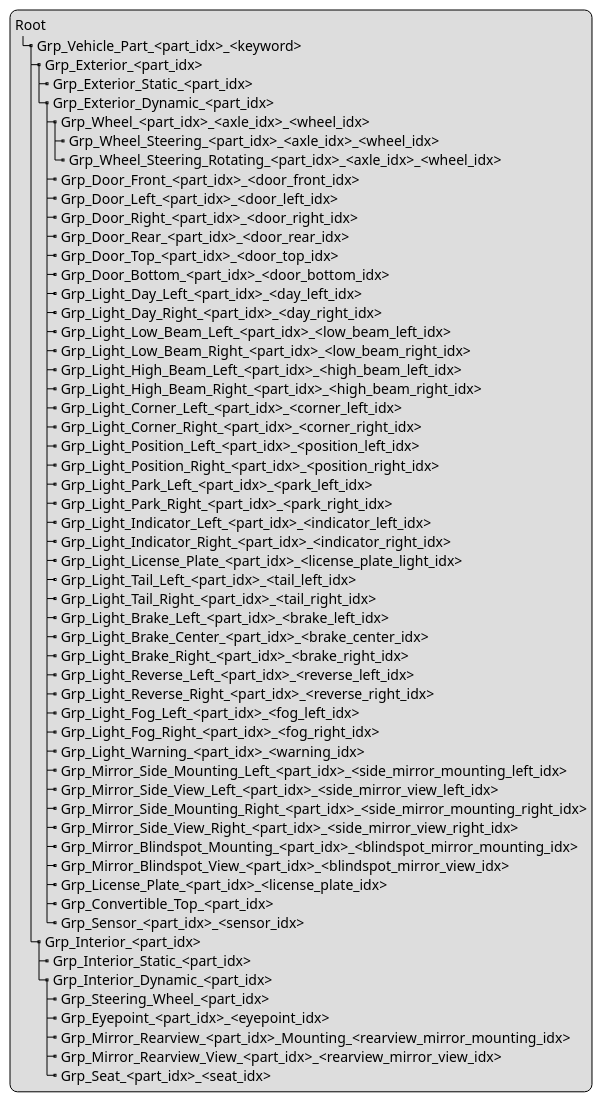
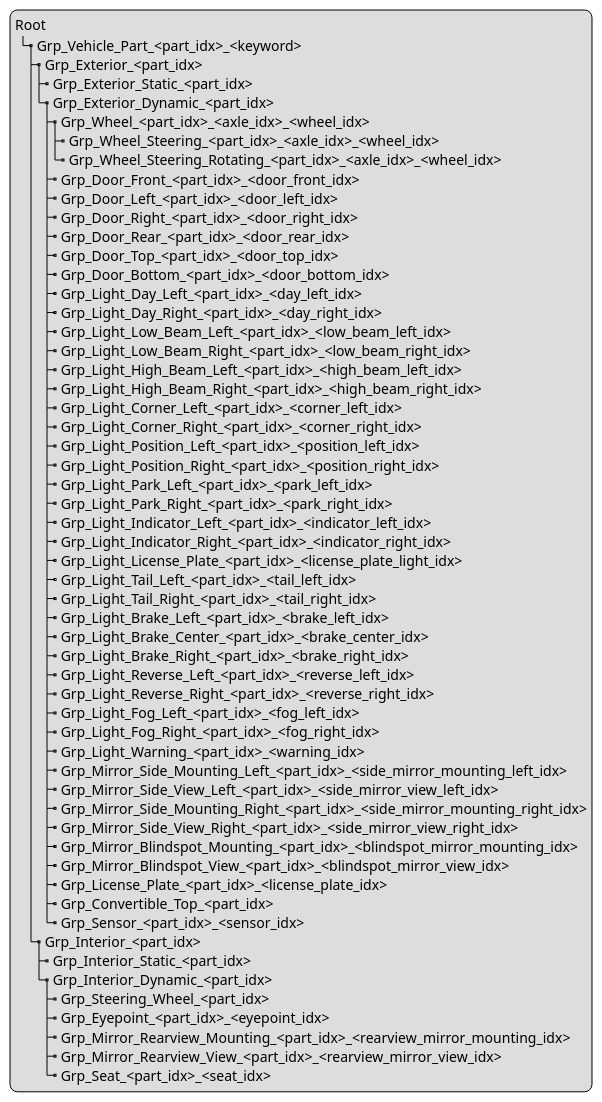
One commit to asam-ev/OpenMATERIAL changed the diagram in content/geometry/object-vehicle/vehicle-structure.adoc. Above: the diagram before and after it, drawn with PlantUML.

Commit message:
Fix rearview mirror name in structure

```diff
--- a/content/geometry/object-vehicle/vehicle-structure.adoc
+++ b/content/geometry/object-vehicle/vehicle-structure.adoc
@@ -9,61 +9,61 @@
 [plantuml]
 ----
 legend
 Root
 |_ Grp_Vehicle_Part_<part_idx>_<keyword>
   |_ Grp_Exterior_<part_idx>
     |_ Grp_Exterior_Static_<part_idx>
     |_ Grp_Exterior_Dynamic_<part_idx>
       |_ Grp_Wheel_<part_idx>_<axle_idx>_<wheel_idx>
         |_ Grp_Wheel_Steering_<part_idx>_<axle_idx>_<wheel_idx>
         |_ Grp_Wheel_Steering_Rotating_<part_idx>_<axle_idx>_<wheel_idx>
       |_ Grp_Door_Front_<part_idx>_<door_front_idx>
       |_ Grp_Door_Left_<part_idx>_<door_left_idx>
       |_ Grp_Door_Right_<part_idx>_<door_right_idx>
       |_ Grp_Door_Rear_<part_idx>_<door_rear_idx>
       |_ Grp_Door_Top_<part_idx>_<door_top_idx>
       |_ Grp_Door_Bottom_<part_idx>_<door_bottom_idx>
       |_ Grp_Light_Day_Left_<part_idx>_<day_left_idx>
       |_ Grp_Light_Day_Right_<part_idx>_<day_right_idx>
       |_ Grp_Light_Low_Beam_Left_<part_idx>_<low_beam_left_idx>
       |_ Grp_Light_Low_Beam_Right_<part_idx>_<low_beam_right_idx>
       |_ Grp_Light_High_Beam_Left_<part_idx>_<high_beam_left_idx>
       |_ Grp_Light_High_Beam_Right_<part_idx>_<high_beam_right_idx>
       |_ Grp_Light_Corner_Left_<part_idx>_<corner_left_idx>
       |_ Grp_Light_Corner_Right_<part_idx>_<corner_right_idx>
       |_ Grp_Light_Position_Left_<part_idx>_<position_left_idx>
       |_ Grp_Light_Position_Right_<part_idx>_<position_right_idx>
       |_ Grp_Light_Park_Left_<part_idx>_<park_left_idx>
       |_ Grp_Light_Park_Right_<part_idx>_<park_right_idx>
       |_ Grp_Light_Indicator_Left_<part_idx>_<indicator_left_idx>
       |_ Grp_Light_Indicator_Right_<part_idx>_<indicator_right_idx>
       |_ Grp_Light_License_Plate_<part_idx>_<license_plate_light_idx>
       |_ Grp_Light_Tail_Left_<part_idx>_<tail_left_idx>
       |_ Grp_Light_Tail_Right_<part_idx>_<tail_right_idx>
       |_ Grp_Light_Brake_Left_<part_idx>_<brake_left_idx>
       |_ Grp_Light_Brake_Center_<part_idx>_<brake_center_idx>
       |_ Grp_Light_Brake_Right_<part_idx>_<brake_right_idx>
       |_ Grp_Light_Reverse_Left_<part_idx>_<reverse_left_idx>
       |_ Grp_Light_Reverse_Right_<part_idx>_<reverse_right_idx>
       |_ Grp_Light_Fog_Left_<part_idx>_<fog_left_idx>
       |_ Grp_Light_Fog_Right_<part_idx>_<fog_right_idx>
       |_ Grp_Light_Warning_<part_idx>_<warning_idx>
       |_ Grp_Mirror_Side_Mounting_Left_<part_idx>_<side_mirror_mounting_left_idx>
       |_ Grp_Mirror_Side_View_Left_<part_idx>_<side_mirror_view_left_idx>
       |_ Grp_Mirror_Side_Mounting_Right_<part_idx>_<side_mirror_mounting_right_idx>
       |_ Grp_Mirror_Side_View_Right_<part_idx>_<side_mirror_view_right_idx>
       |_ Grp_Mirror_Blindspot_Mounting_<part_idx>_<blindspot_mirror_mounting_idx>
       |_ Grp_Mirror_Blindspot_View_<part_idx>_<blindspot_mirror_view_idx>
       |_ Grp_License_Plate_<part_idx>_<license_plate_idx>
       |_ Grp_Convertible_Top_<part_idx>
       |_ Grp_Sensor_<part_idx>_<sensor_idx>
   |_ Grp_Interior_<part_idx>
     |_ Grp_Interior_Static_<part_idx>
     |_ Grp_Interior_Dynamic_<part_idx>
       |_ Grp_Steering_Wheel_<part_idx>
       |_ Grp_Eyepoint_<part_idx>_<eyepoint_idx>
-      |_ Grp_Mirror_Rearview_<part_idx>_Mounting_<rearview_mirror_mounting_idx>
+      |_ Grp_Mirror_Rearview_Mounting_<part_idx>_<rearview_mirror_mounting_idx>
       |_ Grp_Mirror_Rearview_View_<part_idx>_<rearview_mirror_view_idx>
       |_ Grp_Seat_<part_idx>_<seat_idx>
 end legend
 ----
```
